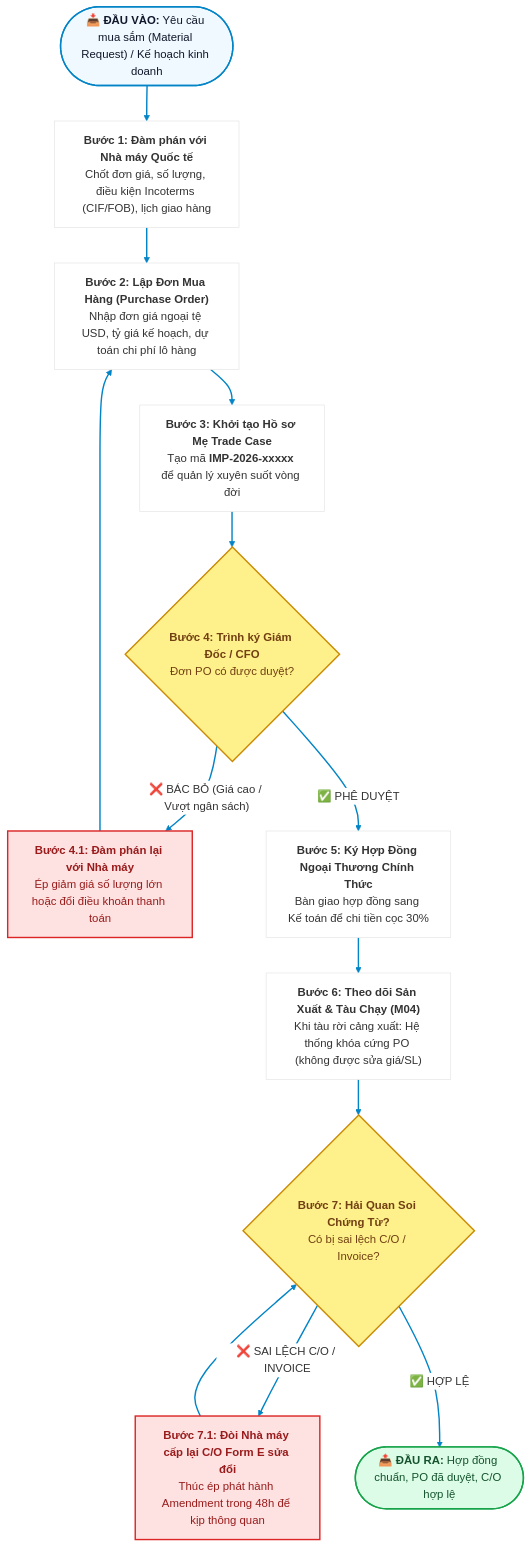
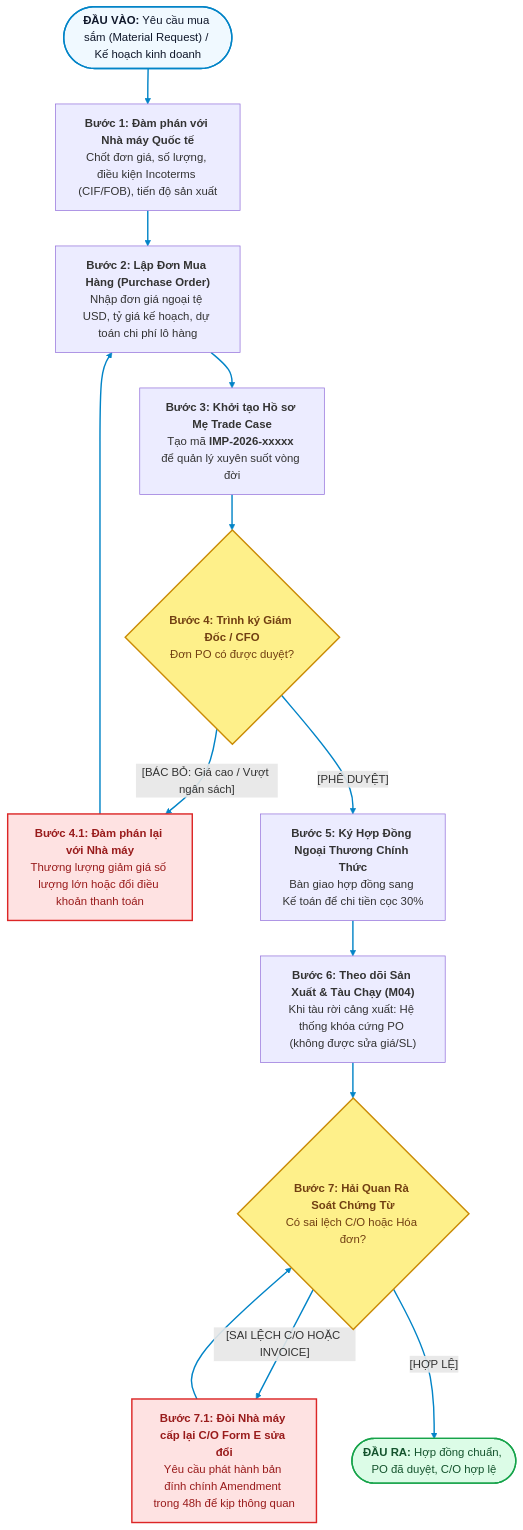
One commit to capkimkhanh2k5/Logistics_ERPNext_RAG changed the second of 7 diagrams in LUONG_NGHIEP_VU_CAC_VAI_TRO_XUAT_NHAP_KHAU.md. Above: the diagram before and after it, drawn with Mermaid. The commit also changed other lines of this file, not shown here.

Commit message:
docs: remove all icons and apply clean Inter/Segoe UI typography across all diagrams

````diff
--- a/LUONG_NGHIEP_VU_CAC_VAI_TRO_XUAT_NHAP_KHAU.md
+++ b/LUONG_NGHIEP_VU_CAC_VAI_TRO_XUAT_NHAP_KHAU.md
@@ -60,29 +61,40 @@
 ```mermaid
-%%{init: {'theme': 'base', 'themeVariables': {'primaryColor': '#FFFFFF', 'lineColor': '#0284C7'}}}%%
+%%{init: {
+  'theme': 'base',
+  'themeVariables': {
+    'fontFamily': "'Inter', 'Segoe UI', -apple-system, Roboto, sans-serif",
+    'fontSize': '13px',
+    'primaryColor': '#FFFFFF',
+    'primaryTextColor': '#0F172A',
+    'primaryBorderColor': '#0284C7',
+    'lineColor': '#0284C7',
+    'edgeLabelBackground':'#FFFFFF'
+  }
+}}%%
 flowchart TD
-    B_IN(["📥 <b>ĐẦU VÀO:</b> Yêu cầu mua sắm (Material Request) / Kế hoạch kinh doanh"]) --> B1
-    B1["<b>Bước 1: Đàm phán với Nhà máy Quốc tế</b><br>Chốt đơn giá, số lượng, điều kiện Incoterms (CIF/FOB), lịch giao hàng"] --> B2
+    B_IN(["<b>ĐẦU VÀO:</b> Yêu cầu mua sắm (Material Request) / Kế hoạch kinh doanh"]) --> B1
+    B1["<b>Bước 1: Đàm phán với Nhà máy Quốc tế</b><br>Chốt đơn giá, số lượng, điều kiện Incoterms (CIF/FOB), tiến độ sản xuất"] --> B2
     B2["<b>Bước 2: Lập Đơn Mua Hàng (Purchase Order)</b><br>Nhập đơn giá ngoại tệ USD, tỷ giá kế hoạch, dự toán chi phí lô hàng"] --> B3
     B3["<b>Bước 3: Khởi tạo Hồ sơ Mẹ Trade Case</b><br>Tạo mã <b>IMP-2026-xxxxx</b> để quản lý xuyên suốt vòng đời"] --> B4
     B4{"<b>Bước 4: Trình ký Giám Đốc / CFO</b><br>Đơn PO có được duyệt?"}
     
-    B4 -- "❌ BÁC BỎ (Giá cao / Vượt ngân sách)" --> B_REVISE["<b>Bước 4.1: Đàm phán lại với Nhà máy</b><br>Ép giảm giá số lượng lớn hoặc đổi điều khoản thanh toán"]
+    B4 -- "[BÁC BỎ: Giá cao / Vượt ngân sách]" --> B_REVISE["<b>Bước 4.1: Đàm phán lại với Nhà máy</b><br>Thương lượng giảm giá số lượng lớn hoặc đổi điều khoản thanh toán"]
     B_REVISE --> B2
     
-    B4 -- "✅ PHÊ DUYỆT" --> B5["<b>Bước 5: Ký Hợp Đồng Ngoại Thương Chính Thức</b><br>Bàn giao hợp đồng sang Kế toán để chi tiền cọc 30%"] --> B6
+    B4 -- "[PHÊ DUYỆT]" --> B5["<b>Bước 5: Ký Hợp Đồng Ngoại Thương Chính Thức</b><br>Bàn giao hợp đồng sang Kế toán để chi tiền cọc 30%"] --> B6
     
-    B6["<b>Bước 6: Theo dõi Sản Xuất & Tàu Chạy (M04)</b><br>Khi tàu rời cảng xuất: Hệ thống khóa cứng PO (không được sửa giá/SL)"] --> B7{"<b>Bước 7: Hải Quan Soi Chứng Từ?</b><br>Có bị sai lệch C/O / Invoice?"}
+    B6["<b>Bước 6: Theo dõi Sản Xuất & Tàu Chạy (M04)</b><br>Khi tàu rời cảng xuất: Hệ thống khóa cứng PO (không được sửa giá/SL)"] --> B7{"<b>Bước 7: Hải Quan Rà Soát Chứng Từ</b><br>Có sai lệch C/O hoặc Hóa đơn?"}
     
-    B7 -- "❌ SAI LỆCH C/O / INVOICE" --> B_AMEND["<b>Bước 7.1: Đòi Nhà máy cấp lại C/O Form E sửa đổi</b><br>Thúc ép phát hành Amendment trong 48h để kịp thông quan"]
+    B7 -- "[SAI LỆCH C/O HOẶC INVOICE]" --> B_AMEND["<b>Bước 7.1: Đòi Nhà máy cấp lại C/O Form E sửa đổi</b><br>Yêu cầu phát hành bản đính chính Amendment trong 48h để kịp thông quan"]
     B_AMEND --> B7
     
-    B7 -- "✅ HỢP LỆ" --> B_OUT(["📤 <b>ĐẦU RA:</b> Hợp đồng chuẩn, PO đã duyệt, C/O hợp lệ"])
+    B7 -- "[HỢP LỆ]" --> B_OUT(["<b>ĐẦU RA:</b> Hợp đồng chuẩn, PO đã duyệt, C/O hợp lệ"])
 
     style B_IN fill:#F0F9FF,stroke:#0284C7,stroke-width:2px,color:#0F172A
     style B4 fill:#FEF08A,stroke:#CA8A04,stroke-width:2px,color:#713F12
     style B7 fill:#FEF08A,stroke:#CA8A04,stroke-width:2px,color:#713F12
     style B_REVISE fill:#FEE2E2,stroke:#DC2626,stroke-width:2px,color:#991B1B
     style B_AMEND fill:#FEE2E2,stroke:#DC2626,stroke-width:2px,color:#991B1B
     style B_OUT fill:#DCFCE7,stroke:#16A34A,stroke-width:2px,color:#14532D
     linkStyle default stroke:#0284C7,stroke-width:2px;
 ```
````
